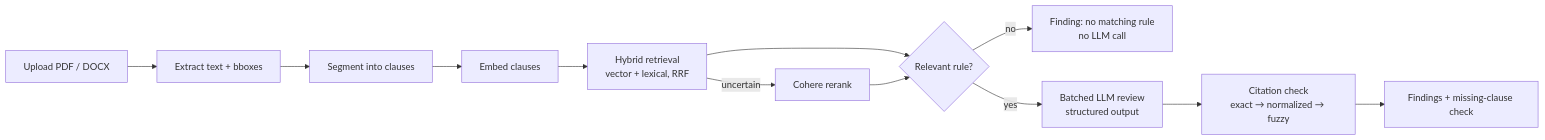
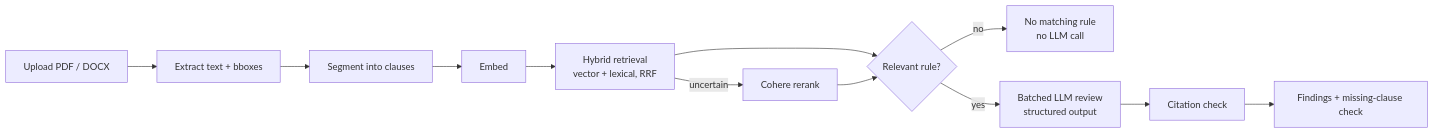
Before and after one commit to jackmunkonge/pleybook: the diagram in README.md, drawn with Mermaid. The commit also changed other lines of this file and 1 other file, not shown here.

````diff
--- a/README.md
+++ b/README.md
@@ -37,14 +34,14 @@
 ```mermaid
 flowchart LR
   A[Upload PDF / DOCX] --> B[Extract text + bboxes]
   B --> C[Segment into clauses]
-  C --> D[Embed clauses]
+  C --> D[Embed]
   D --> E[Hybrid retrieval<br/>vector + lexical, RRF]
   E -->|uncertain| F[Cohere rerank]
   E --> G{Relevant rule?}
   F --> G
-  G -->|no| H[Finding: no matching rule<br/>no LLM call]
+  G -->|no| H[No matching rule<br/>no LLM call]
   G -->|yes| I[Batched LLM review<br/>structured output]
-  I --> J[Citation check<br/>exact → normalized → fuzzy]
+  I --> J[Citation check]
   J --> K[Findings + missing-clause check]
 ```
````
